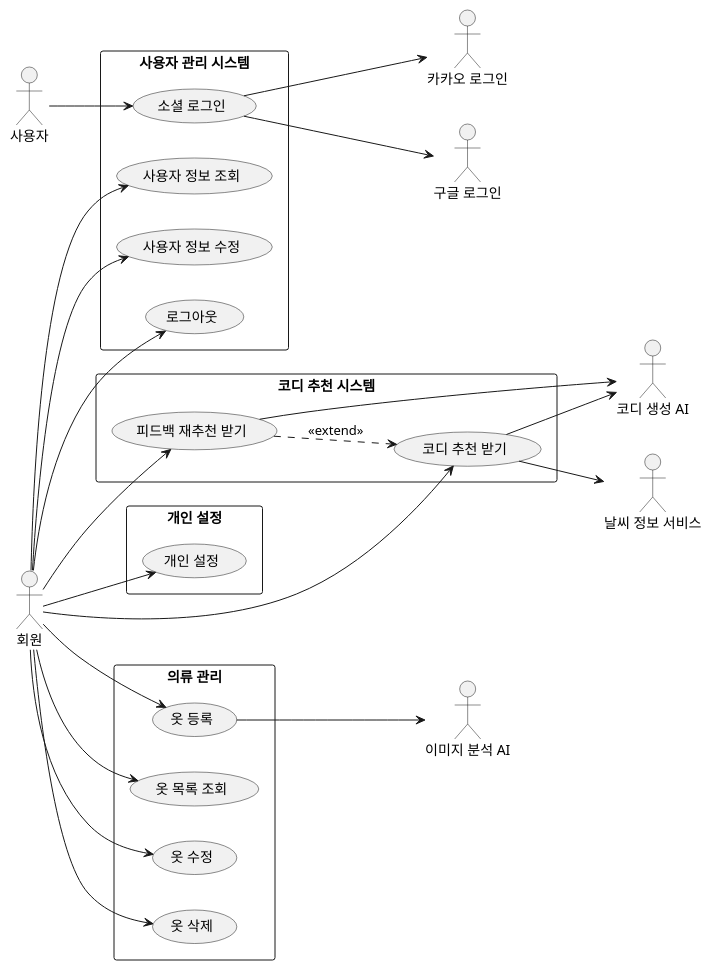
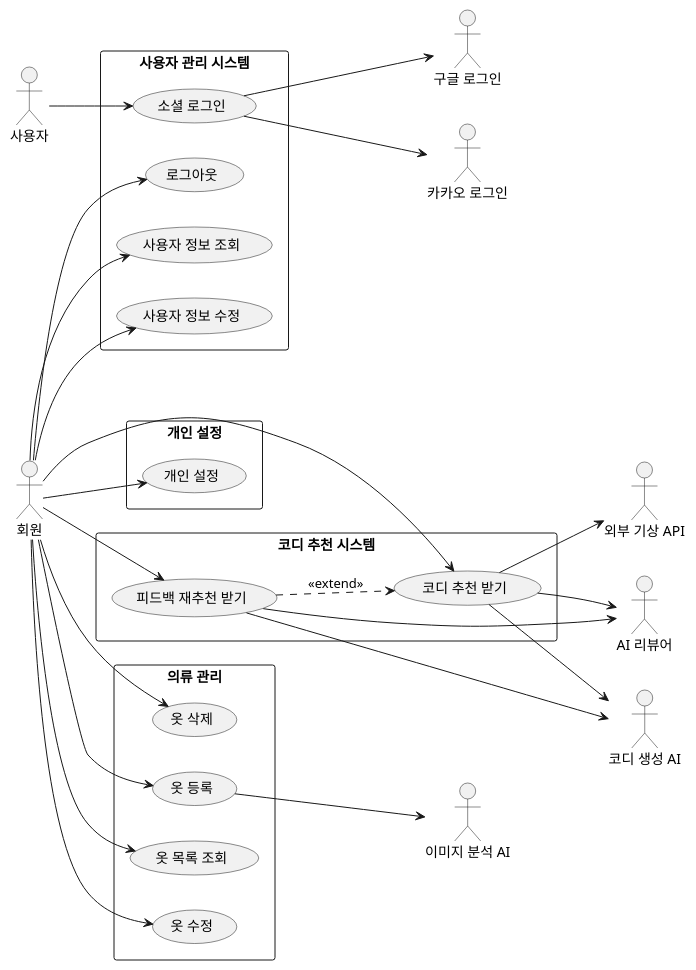
The diagram in src/content/docs/use-cases/system.md (wzrabbit/closet-fairy-diagrams), drawn with PlantUML before and after one commit. The commit also changed 2 other files, not shown here.

Commit message:
docs: 코디 관련 다이어그램에 AI 리뷰어 액터 추가하고 기상 API 명칭 통일

````diff
--- a/src/content/docs/use-cases/system.md
+++ b/src/content/docs/use-cases/system.md
@@ -10,57 +10,60 @@
 ```plantuml
 @startuml
 left to right direction
 skinparam packageStyle rectangle
 skinparam shadowing false
 
 actor "사용자" as User
 actor "회원" as Member
 actor "구글 로그인" as Google
 actor "카카오 로그인" as Kakao
 actor "이미지 분석 AI" as ImageAI
 actor "코디 생성 AI" as CodyAI
-actor "날씨 정보 서비스" as Weather
+actor "AI 리뷰어" as Reviewer
+actor "외부 기상 API" as Weather
 
 rectangle "사용자 관리 시스템" {
   usecase "소셜 로그인" as Login
   usecase "로그아웃" as Logout
   usecase "사용자 정보 조회" as ViewUser
   usecase "사용자 정보 수정" as EditUser
 }
 
 rectangle "개인 설정" {
   usecase "개인 설정" as Settings
 }
 
 rectangle "의류 관리" {
   usecase "옷 등록" as ClothAdd
   usecase "옷 목록 조회" as ClothList
   usecase "옷 수정" as ClothEdit
   usecase "옷 삭제" as ClothDelete
 }
 
 rectangle "코디 추천 시스템" {
   usecase "코디 추천 받기" as Recommend
   usecase "피드백 재추천 받기" as Refeedback
 }
 
 User --> Login
 Login --> Google
 Login --> Kakao
 Member --> Logout
 Member --> ViewUser
 Member --> EditUser
 Member --> Settings
 Member --> ClothAdd
 Member --> ClothList
 Member --> ClothEdit
 Member --> ClothDelete
 Member --> Recommend
 Member --> Refeedback
 ClothAdd --> ImageAI
 Recommend --> CodyAI
+Recommend --> Reviewer
 Recommend --> Weather
 Refeedback --> CodyAI
+Refeedback --> Reviewer
 Refeedback ..> Recommend : <<extend>>
 @enduml
 ```
````
